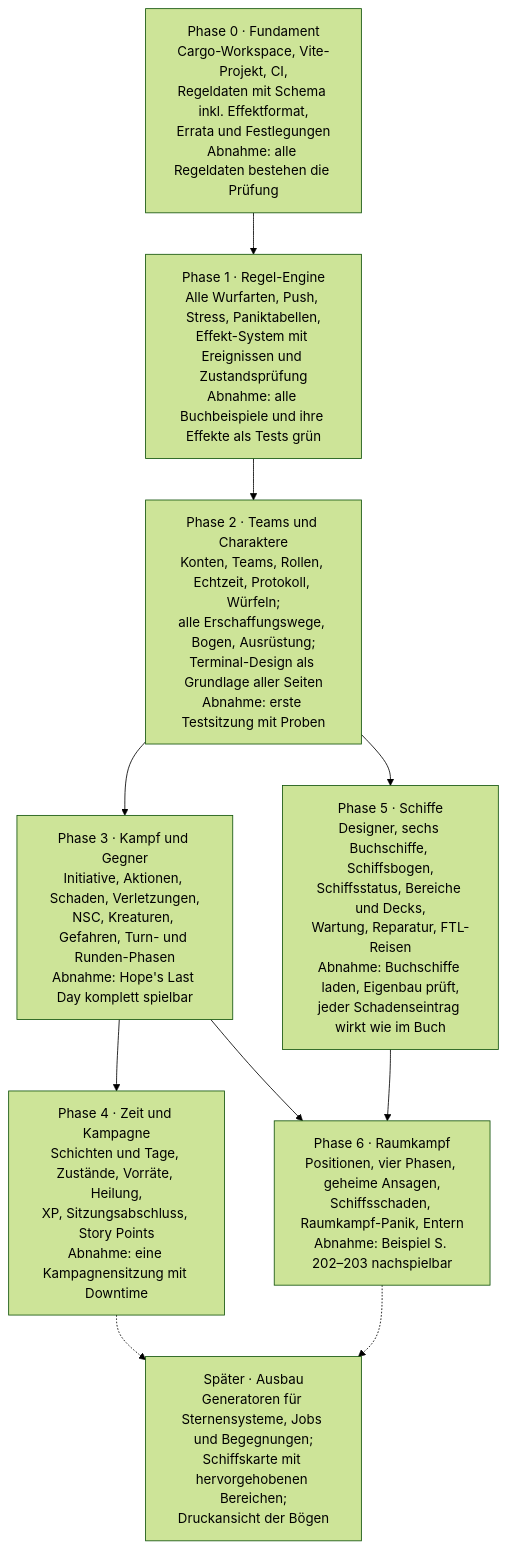
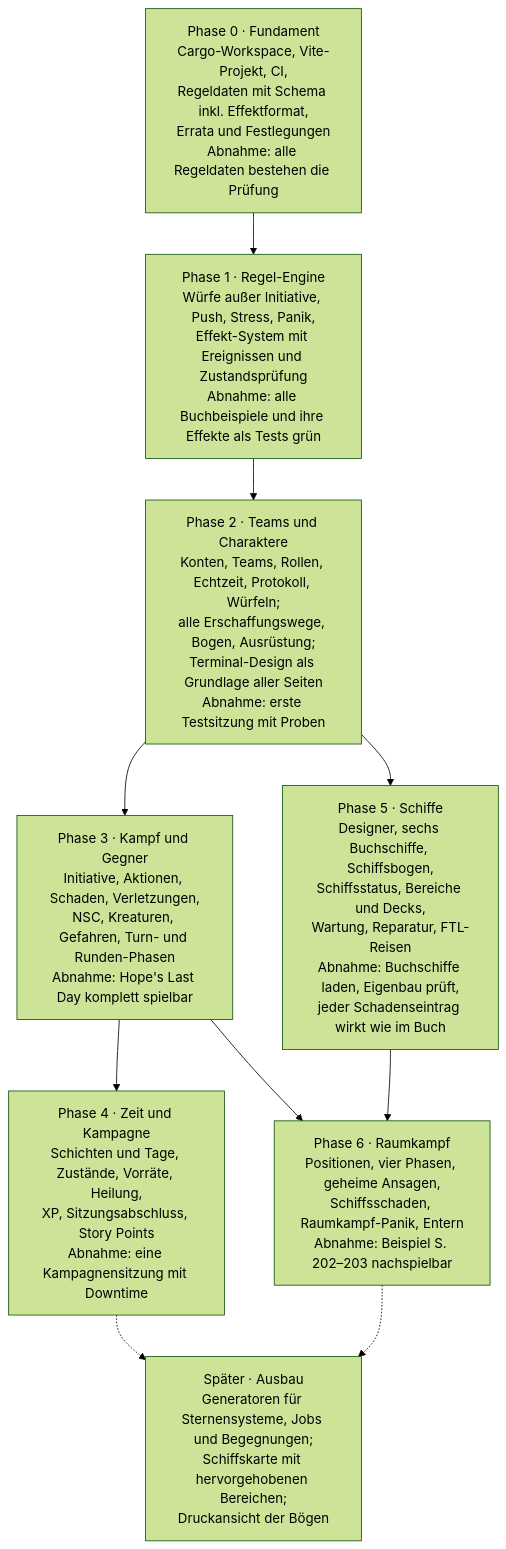
Before and after one commit to peddn/xenoforge: the third of 3 diagrams in docs/PLAN.md, drawn with Mermaid (forest theme). The commit also changed other lines of this file and 33 other files, not shown here.

First line of the commit message:
Phase 1: rule engine for rolls, push, stress, panic and effects

````diff
--- a/docs/PLAN.md
+++ b/docs/PLAN.md
@@ -752,16 +752,16 @@
 ```mermaid
 flowchart TD
     p0["Phase 0 · Fundament<br/>Cargo-Workspace, Vite-Projekt, CI,<br/>Regeldaten mit Schema inkl. Effektformat,<br/>Errata und Festlegungen<br/>Abnahme: alle Regeldaten bestehen die Prüfung"]
-    p1["Phase 1 · Regel-Engine<br/>Alle Wurfarten, Push, Stress, Paniktabellen,<br/>Effekt-System mit Ereignissen und Zustandsprüfung<br/>Abnahme: alle Buchbeispiele und ihre Effekte als Tests grün"]
+    p1["Phase 1 · Regel-Engine<br/>Würfe außer Initiative, Push, Stress, Panik,<br/>Effekt-System mit Ereignissen und Zustandsprüfung<br/>Abnahme: alle Buchbeispiele und ihre Effekte als Tests grün"]
     p2["Phase 2 · Teams und Charaktere<br/>Konten, Teams, Rollen, Echtzeit, Protokoll, Würfeln;<br/>alle Erschaffungswege, Bogen, Ausrüstung;<br/>Terminal-Design als Grundlage aller Seiten<br/>Abnahme: erste Testsitzung mit Proben"]
     p3["Phase 3 · Kampf und Gegner<br/>Initiative, Aktionen, Schaden, Verletzungen,<br/>NSC, Kreaturen, Gefahren, Turn- und Runden-Phasen<br/>Abnahme: Hope's Last Day komplett spielbar"]
     p4["Phase 4 · Zeit und Kampagne<br/>Schichten und Tage, Zustände, Vorräte, Heilung,<br/>XP, Sitzungsabschluss, Story Points<br/>Abnahme: eine Kampagnensitzung mit Downtime"]
     p5["Phase 5 · Schiffe<br/>Designer, sechs Buchschiffe, Schiffsbogen,<br/>Schiffsstatus, Bereiche und Decks,<br/>Wartung, Reparatur, FTL-Reisen<br/>Abnahme: Buchschiffe laden, Eigenbau prüft,<br/>jeder Schadenseintrag wirkt wie im Buch"]
     p6["Phase 6 · Raumkampf<br/>Positionen, vier Phasen, geheime Ansagen,<br/>Schiffsschaden, Raumkampf-Panik, Entern<br/>Abnahme: Beispiel S. 202–203 nachspielbar"]
     p7["Später · Ausbau<br/>Generatoren für Sternensysteme, Jobs und Begegnungen;<br/>Schiffskarte mit hervorgehobenen Bereichen;<br/>Druckansicht der Bögen"]
     p0 --> p1 --> p2 --> p3 --> p4
     p2 --> p5 --> p6
     p3 --> p6
     p4 -.-> p7
     p6 -.-> p7
 ```
````
